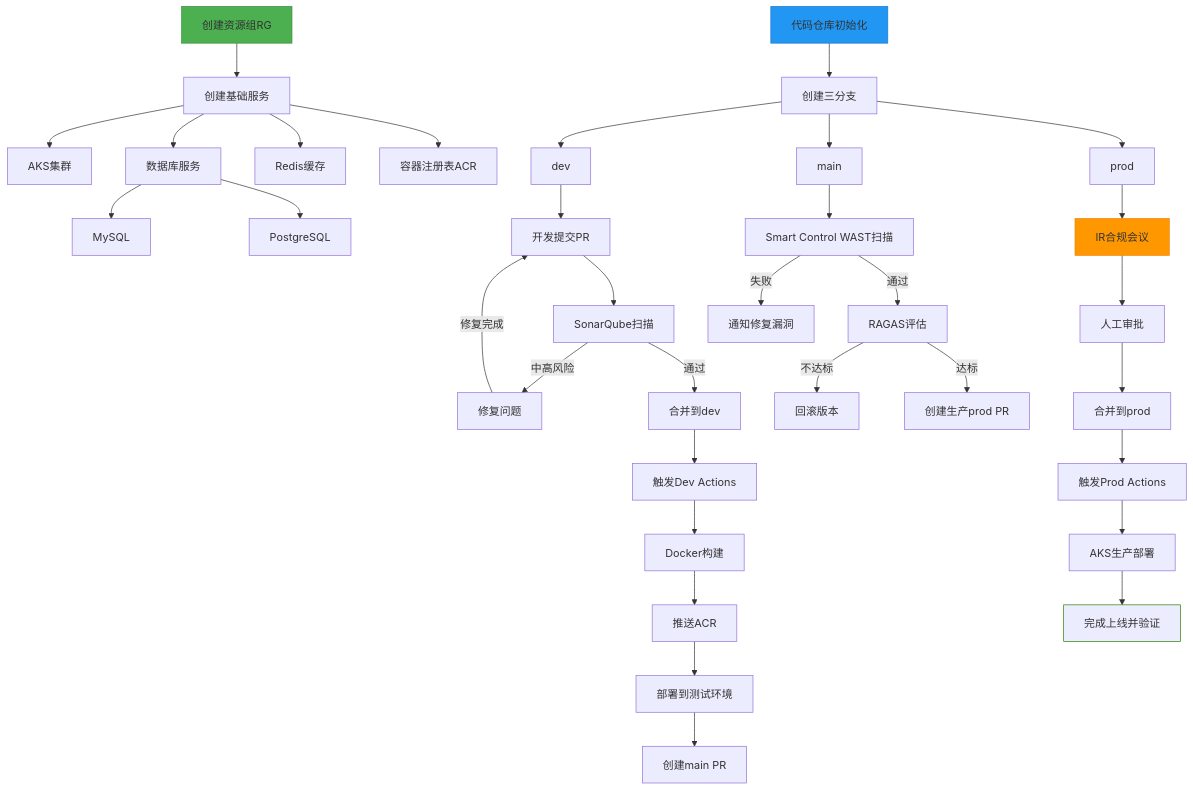
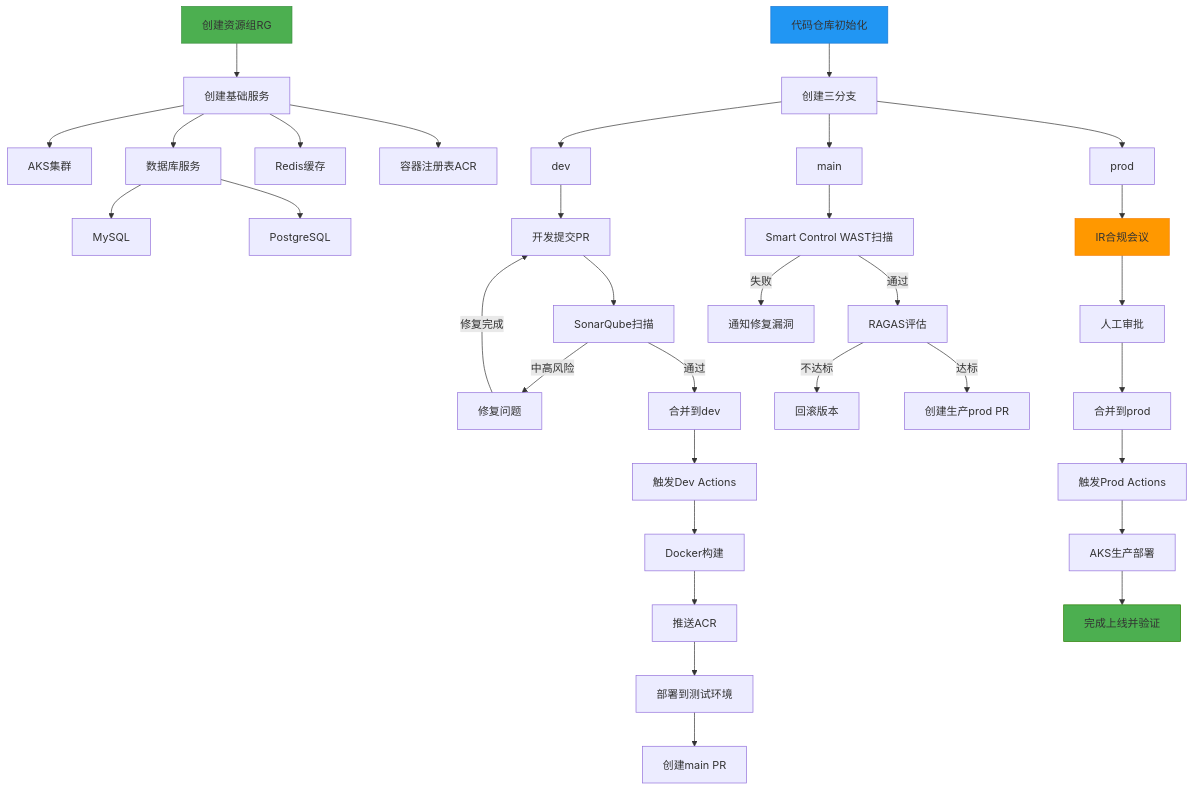
The diagram in all/未命名-1.md (funnyData/iodraw-files), drawn with Mermaid before and after one commit.

Commit message:
2025-02-27 09:24:42 update

````diff
--- a/all/未命名-1.md
+++ b/all/未命名-1.md
@@ -1,61 +1,61 @@
 ```mermaid
 graph TD
     A[创建资源组RG] --> B[创建基础服务]
     B --> C[AKS集群]
     B --> D[数据库服务]
     D --> DA[MySQL]
     D --> DB[PostgreSQL]
     B --> E[Redis缓存]
     B --> F[容器注册表ACR]
     
     G[代码仓库初始化] --> H[创建三分支]
     H --> I[dev]
     H --> J[main]
     H --> K[prod]
     K --> W[IR合规会议]
     J --> T[Smart Control WAST扫描]
     
     I --> L[开发提交PR]
     L --> M[SonarQube扫描]
     M -->|中高风险| N[修复问题]
     N -->|修复完成|L
     M -->|通过| O[合并到dev]
     
     O --> P[触发Dev Actions]
     P --> Q[Docker构建]
     Q --> R[推送ACR]
     R --> S[部署到测试环境]
     S --> SA[创建main PR]
     %% S -->V[创建生产PR]
 
     
     %% S --> T[Smart Control WAST扫描]
     %% T -->|失败| U[通知修复]
 
     
     %% T -->|通过| V[创建生产PR]
     T--> |通过|AD[RAGAS评估]
     AD -->|不达标| AE[回滚版本]
     AD -->|达标| AF[创建生产prod PR]
     T -->|失败| U[通知修复漏洞]
     
     %% V --> W[IR合规会议]
     W --> X[人工审批]
     X --> Y[合并到prod]
     
     Y --> Z[触发Prod Actions]
     Z --> AC[AKS生产部署]
     AC --> ZA[完成上线并验证]
     %% Z --> AA[安全扫描]
     %% AA -->|高风险| AB[终止部署]
     %% AA -->|通过| AC[AKS生产部署]
     
     %% AC --> AD[RAGAS评估]
     %% AD -->|不达标| AE[回滚版本]
     %% AD -->|达标| AF[完成上线]
     
     style A fill:#4CAF50,stroke:#388E3C
     style G fill:#2196F3,stroke:#1976D2
     style W fill:#FF9800,stroke:#F57C00
-    style ZA fill:#827B0,stroke:#2B7F00
+    style ZA fill:#4CAF50,stroke:#2B7F00
 ```
````
